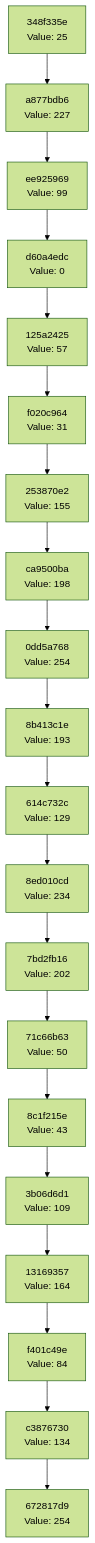
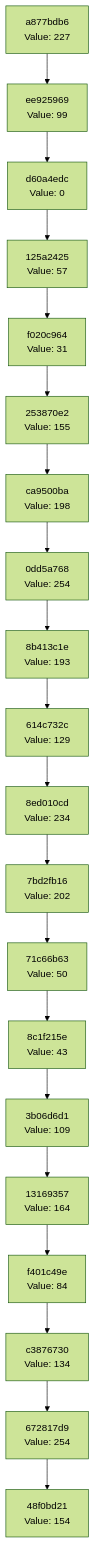
One commit to Abhisheksinha1506/hash-chain-evolver changed the diagram in docs/CHAIN_VISUALIZATION.md. Above: the diagram before and after it, drawn with Mermaid (forest theme). The commit also changed 3 other files, not shown here.

````diff
--- a/docs/CHAIN_VISUALIZATION.md
+++ b/docs/CHAIN_VISUALIZATION.md
@@ -3,42 +3,42 @@
 ```mermaid
 graph TD
-    C0["672817d9<br/>Value: 254"]
-    C1["c3876730<br/>Value: 134"]
+    C0["48f0bd21<br/>Value: 154"]
+    C1["672817d9<br/>Value: 254"]
     C1 --> C0
-    C2["f401c49e<br/>Value: 84"]
+    C2["c3876730<br/>Value: 134"]
     C2 --> C1
-    C3["13169357<br/>Value: 164"]
+    C3["f401c49e<br/>Value: 84"]
     C3 --> C2
-    C4["3b06d6d1<br/>Value: 109"]
+    C4["13169357<br/>Value: 164"]
     C4 --> C3
-    C5["8c1f215e<br/>Value: 43"]
+    C5["3b06d6d1<br/>Value: 109"]
     C5 --> C4
-    C6["71c66b63<br/>Value: 50"]
+    C6["8c1f215e<br/>Value: 43"]
     C6 --> C5
-    C7["7bd2fb16<br/>Value: 202"]
+    C7["71c66b63<br/>Value: 50"]
     C7 --> C6
-    C8["8ed010cd<br/>Value: 234"]
+    C8["7bd2fb16<br/>Value: 202"]
     C8 --> C7
-    C9["614c732c<br/>Value: 129"]
+    C9["8ed010cd<br/>Value: 234"]
     C9 --> C8
-    C10["8b413c1e<br/>Value: 193"]
+    C10["614c732c<br/>Value: 129"]
     C10 --> C9
-    C11["0dd5a768<br/>Value: 254"]
+    C11["8b413c1e<br/>Value: 193"]
     C11 --> C10
-    C12["ca9500ba<br/>Value: 198"]
+    C12["0dd5a768<br/>Value: 254"]
     C12 --> C11
-    C13["253870e2<br/>Value: 155"]
+    C13["ca9500ba<br/>Value: 198"]
     C13 --> C12
-    C14["f020c964<br/>Value: 31"]
+    C14["253870e2<br/>Value: 155"]
     C14 --> C13
-    C15["125a2425<br/>Value: 57"]
+    C15["f020c964<br/>Value: 31"]
     C15 --> C14
-    C16["d60a4edc<br/>Value: 0"]
+    C16["125a2425<br/>Value: 57"]
     C16 --> C15
-    C17["ee925969<br/>Value: 99"]
+    C17["d60a4edc<br/>Value: 0"]
     C17 --> C16
-    C18["a877bdb6<br/>Value: 227"]
+    C18["ee925969<br/>Value: 99"]
     C18 --> C17
-    C19["348f335e<br/>Value: 25"]
+    C19["a877bdb6<br/>Value: 227"]
     C19 --> C18
 ```
````
